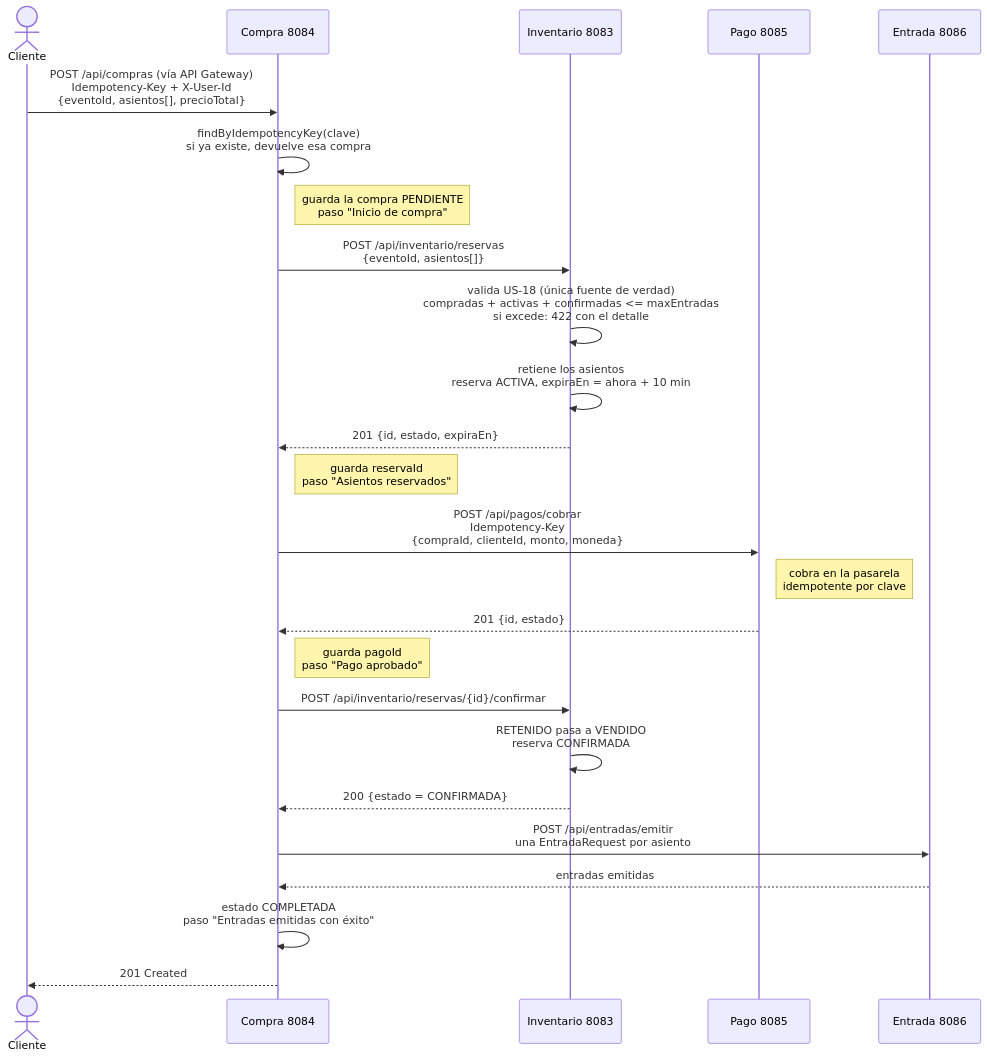
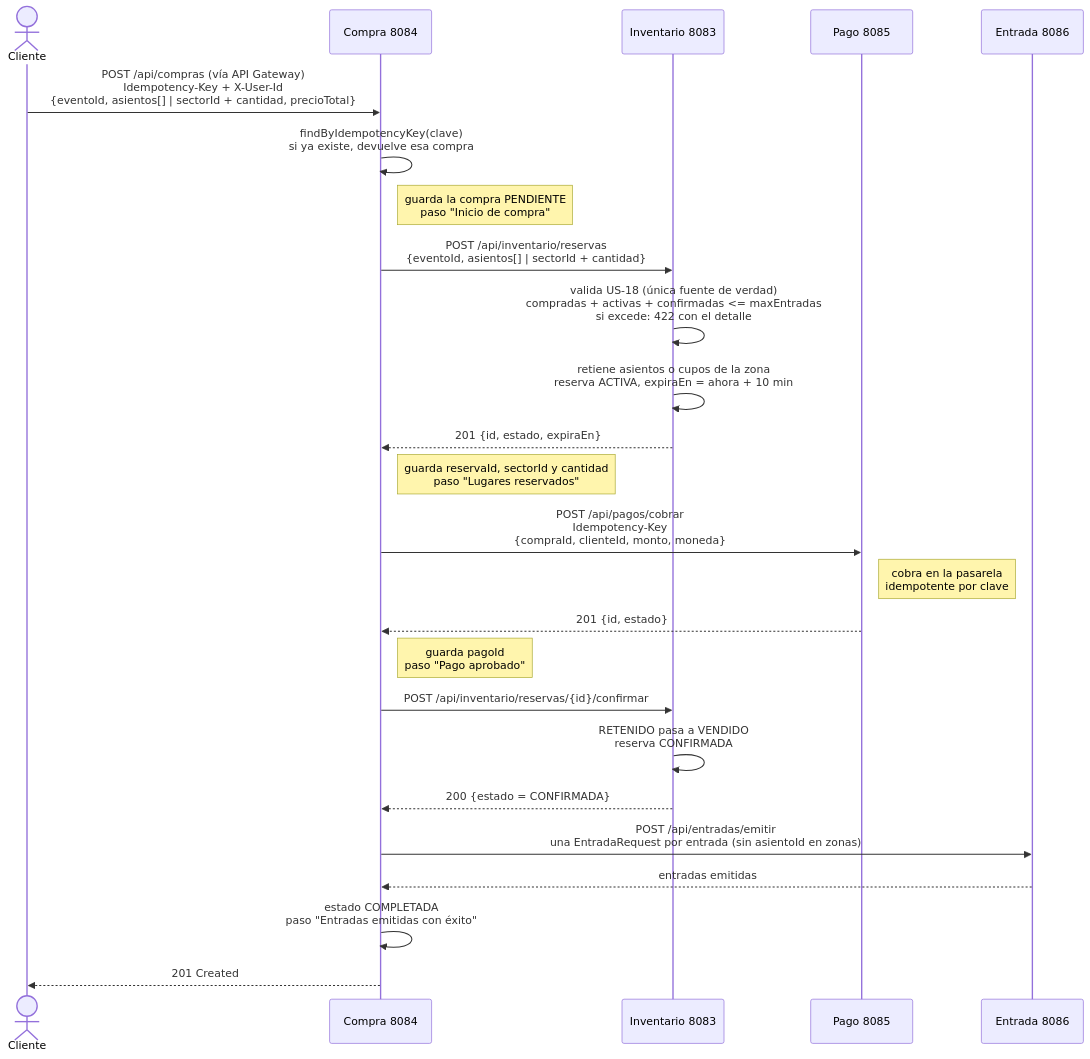
The first of 3 diagrams in docs/diagramas/secuencia-compra/README.md (annaknell/TP4-arquitecturas-web-grupo1), drawn with Mermaid before and after one commit. The commit also changed other lines of this file and 10 other files, not shown here.

First line of the commit message:
fix(US-16): comprar por cantidad en zonas no numeradas de punta a punta

````diff
--- a/docs/diagramas/secuencia-compra/README.md
+++ b/docs/diagramas/secuencia-compra/README.md
@@ -15,28 +17,28 @@
 ```mermaid
 sequenceDiagram
     actor C as Cliente
     participant CO as Compra 8084
     participant IN as Inventario 8083
     participant PA as Pago 8085
     participant EN as Entrada 8086
 
-    C->>CO: POST /api/compras (vía API Gateway)<br/>Idempotency-Key + X-User-Id<br/>{eventoId, asientos[], precioTotal}
+    C->>CO: POST /api/compras (vía API Gateway)<br/>Idempotency-Key + X-User-Id<br/>{eventoId, asientos[] | sectorId + cantidad, precioTotal}
     CO->>CO: findByIdempotencyKey(clave)<br/>si ya existe, devuelve esa compra
     Note right of CO: guarda la compra PENDIENTE<br/>paso "Inicio de compra"
-    CO->>IN: POST /api/inventario/reservas<br/>{eventoId, asientos[]}
+    CO->>IN: POST /api/inventario/reservas<br/>{eventoId, asientos[] | sectorId + cantidad}
     IN->>IN: valida US-18 (única fuente de verdad)<br/>compradas + activas + confirmadas <= maxEntradas<br/>si excede: 422 con el detalle
-    IN->>IN: retiene los asientos<br/>reserva ACTIVA, expiraEn = ahora + 10 min
+    IN->>IN: retiene asientos o cupos de la zona<br/>reserva ACTIVA, expiraEn = ahora + 10 min
     IN-->>CO: 201 {id, estado, expiraEn}
-    Note right of CO: guarda reservaId<br/>paso "Asientos reservados"
+    Note right of CO: guarda reservaId, sectorId y cantidad<br/>paso "Lugares reservados"
     CO->>PA: POST /api/pagos/cobrar<br/>Idempotency-Key<br/>{compraId, clienteId, monto, moneda}
     Note right of PA: cobra en la pasarela<br/>idempotente por clave
     PA-->>CO: 201 {id, estado}
     Note right of CO: guarda pagoId<br/>paso "Pago aprobado"
     CO->>IN: POST /api/inventario/reservas/{id}/confirmar
     IN->>IN: RETENIDO pasa a VENDIDO<br/>reserva CONFIRMADA
     IN-->>CO: 200 {estado = CONFIRMADA}
-    CO->>EN: POST /api/entradas/emitir<br/>una EntradaRequest por asiento
+    CO->>EN: POST /api/entradas/emitir<br/>una EntradaRequest por entrada (sin asientoId en zonas)
     EN-->>CO: entradas emitidas
     CO->>CO: estado COMPLETADA<br/>paso "Entradas emitidas con éxito"
     CO-->>C: 201 Created
 ```
````
